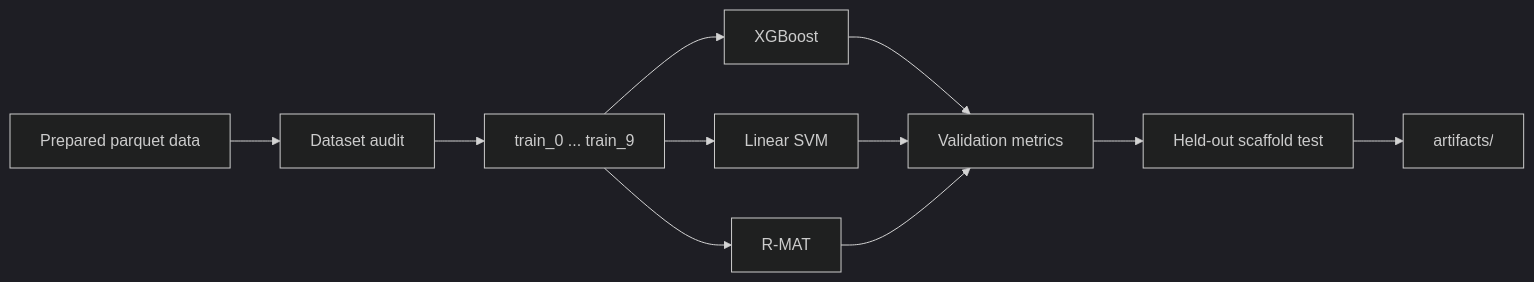
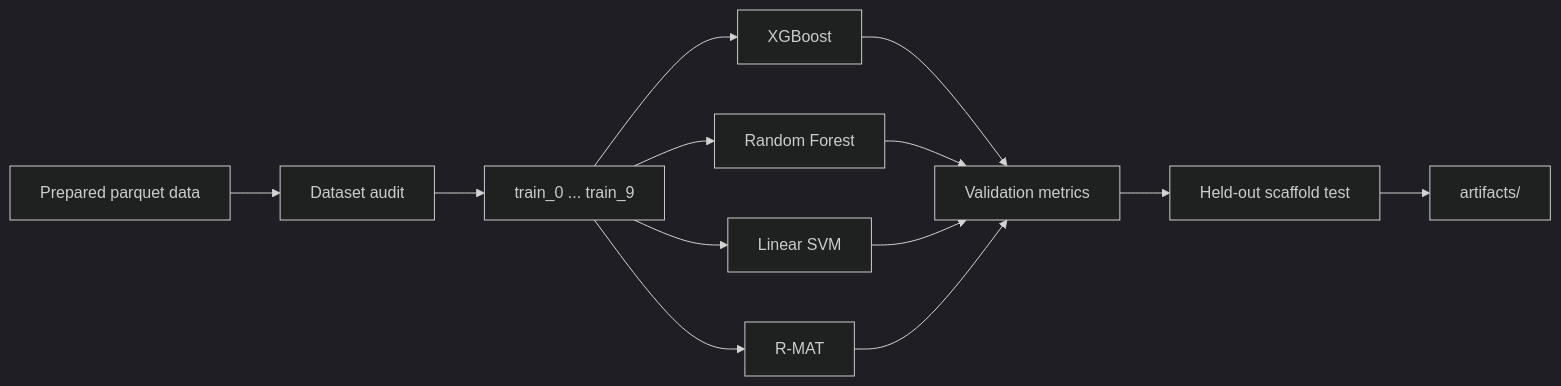
The diagram in README.md (AdamSulek/RereplicationML), drawn with Mermaid (dark theme) before and after one commit. The commit also changed other lines of this file and 3 other files, not shown here.

````diff
--- a/README.md
+++ b/README.md
@@ -16,13 +16,15 @@
 ```mermaid
 flowchart LR
     A[Prepared parquet data] --> B[Dataset audit]
     B --> C[train_0 ... train_9]
     C --> D[XGBoost]
-    C --> E[Linear SVM]
-    C --> F[R-MAT]
+    C --> E[Random Forest]
+    C --> F[Linear SVM]
+    C --> J[R-MAT]
     D --> G[Validation metrics]
     E --> G
     F --> G
+    J --> G
     G --> H[Held-out scaffold test]
     H --> I[artifacts/]
 ```
````
